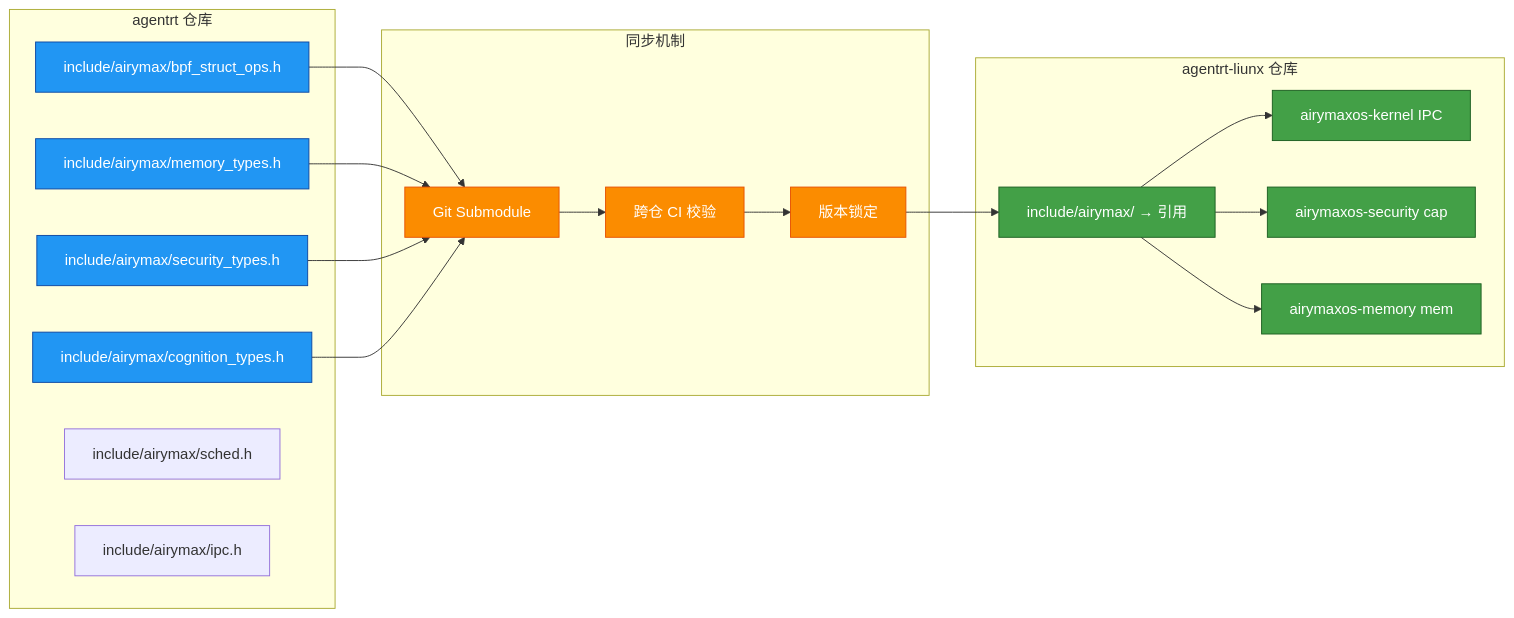
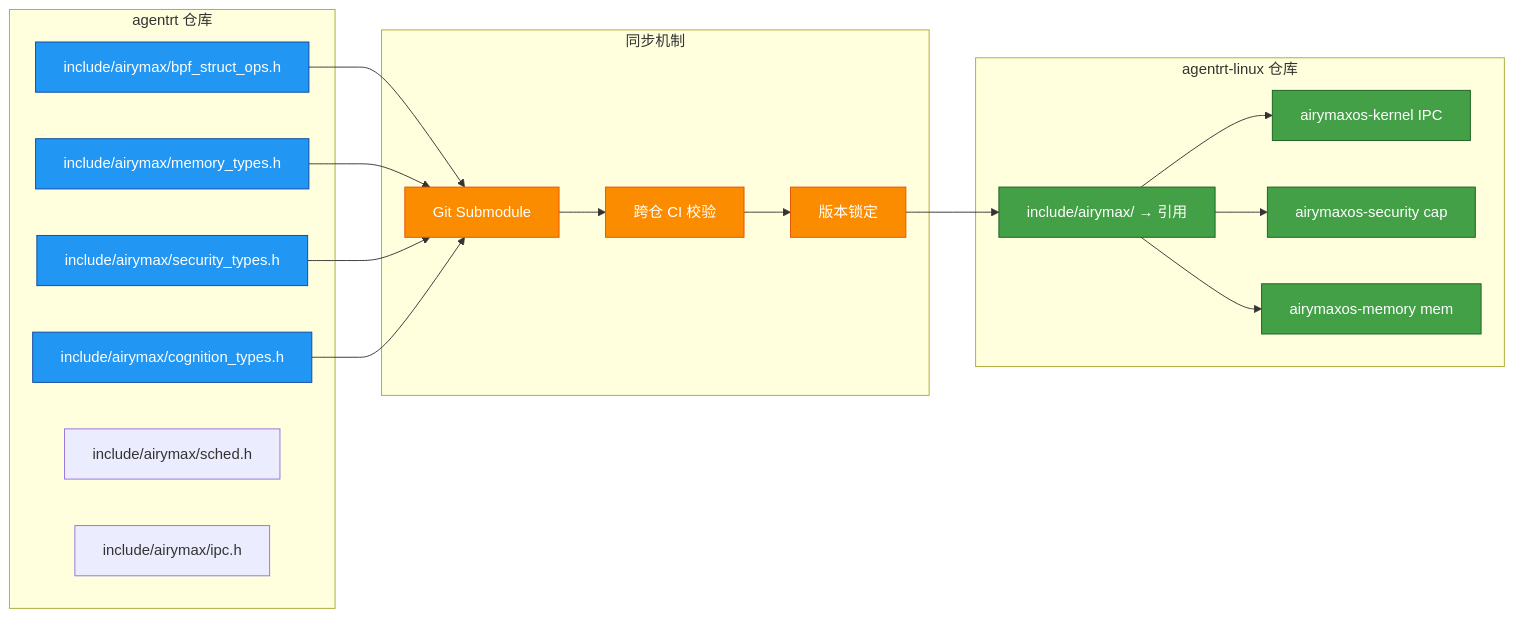
The fourth of 4 diagrams in AirymaxOS/50-engineering-standards/40-integration/agentrt_integration.md (SpharxTeam/Docs), drawn with Mermaid before and after one commit. The commit also changed other lines of this file and 132 other files, not shown here.

````diff
--- a/AirymaxOS/50-engineering-standards/40-integration/agentrt_integration.md
+++ b/AirymaxOS/50-engineering-standards/40-integration/agentrt_integration.md
@@ -734,43 +734,43 @@
 ```mermaid
 graph LR
     subgraph "agentrt 仓库"
         A1[include/airymax/bpf_struct_ops.h]
         A2[include/airymax/memory_types.h]
         A3[include/airymax/security_types.h]
         A4[include/airymax/cognition_types.h]
         A5[include/airymax/sched.h]
         A6[include/airymax/ipc.h]
     end
 
     subgraph "同步机制"
         S1[Git Submodule]
         S2[跨仓 CI 校验]
         S3[版本锁定]
     end
 
-    subgraph "agentrt-liunx 仓库"
+    subgraph "agentrt-linux 仓库"
         B1[include/airymax/ → 引用]
         B2[airymaxos-kernel IPC]
         B3[airymaxos-security cap]
         B4[airymaxos-memory mem]
     end
 
     A1 --> S1
     A2 --> S1
     A3 --> S1
     A4 --> S1
     S1 --> S2
     S2 --> S3
     S3 --> B1
     B1 --> B2
     B1 --> B3
     B1 --> B4
 
     classDef agentrt fill:#2196f3,stroke:#0d47a1,color:#ffffff
     classDef sync fill:#fb8c00,stroke:#e65100,color:#ffffff
     classDef os fill:#43a047,stroke:#1b5e20,color:#ffffff
 
     class A1,A2,A3,A4 agentrt
     class S1,S2,S3 sync
     class B1,B2,B3,B4 os
 ```
````
